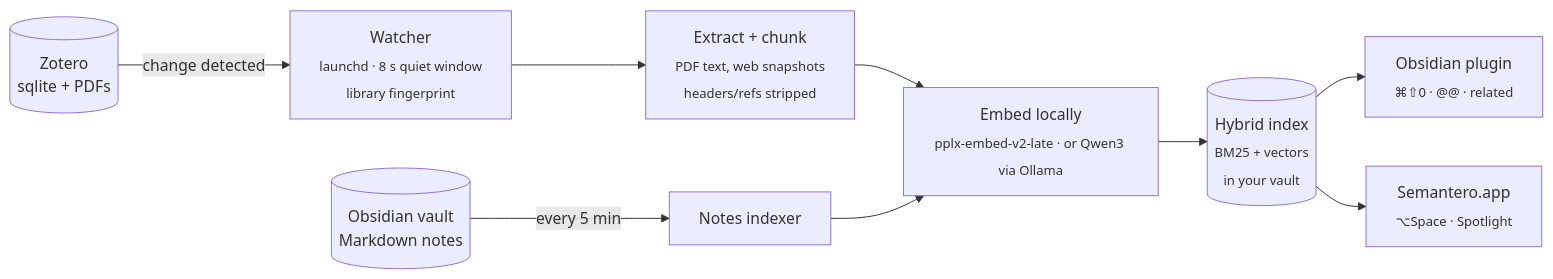
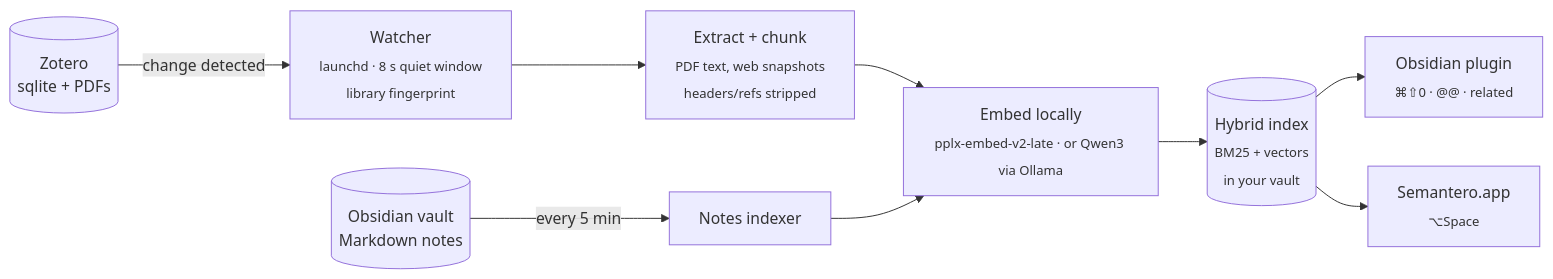
Before and after one commit to standard-model-lagrangian/Semantero: the diagram in README.md, drawn with Mermaid. The commit also changed other lines of this file and 51 other files, not shown here.

````diff
--- a/README.md
+++ b/README.md
@@ -56,11 +55,11 @@
 ```mermaid
 flowchart LR
     Z[("Zotero<br/>sqlite + PDFs")] -->|change detected| W["Watcher<br/><sub>launchd · 8 s quiet window<br/>library fingerprint</sub>"]
     V[("Obsidian vault<br/>Markdown notes")] -->|every 5 min| N["Notes indexer"]
     W --> X["Extract + chunk<br/><sub>PDF text, web snapshots<br/>headers/refs stripped</sub>"]
     X --> E["Embed locally<br/><sub>pplx-embed-v2-late · or Qwen3 via Ollama</sub>"]
     N --> E
     E --> I[("Hybrid index<br/><sub>BM25 + vectors<br/>in your vault</sub>")]
     I --> P["Obsidian plugin<br/><sub>⌘⇧0 · @@ · related</sub>"]
-    I --> L["Semantero.app<br/><sub>⌥Space · Spotlight</sub>"]
+    I --> L["Semantero.app<br/><sub>⌥Space</sub>"]
 ```
````
